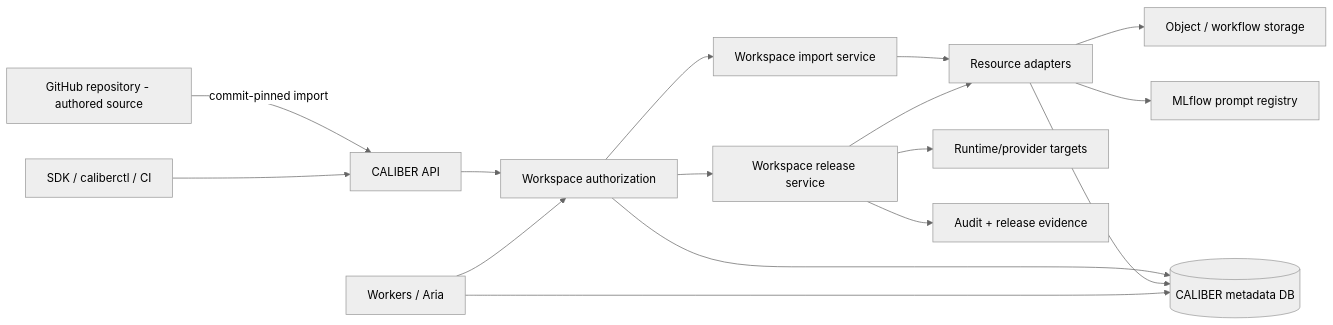
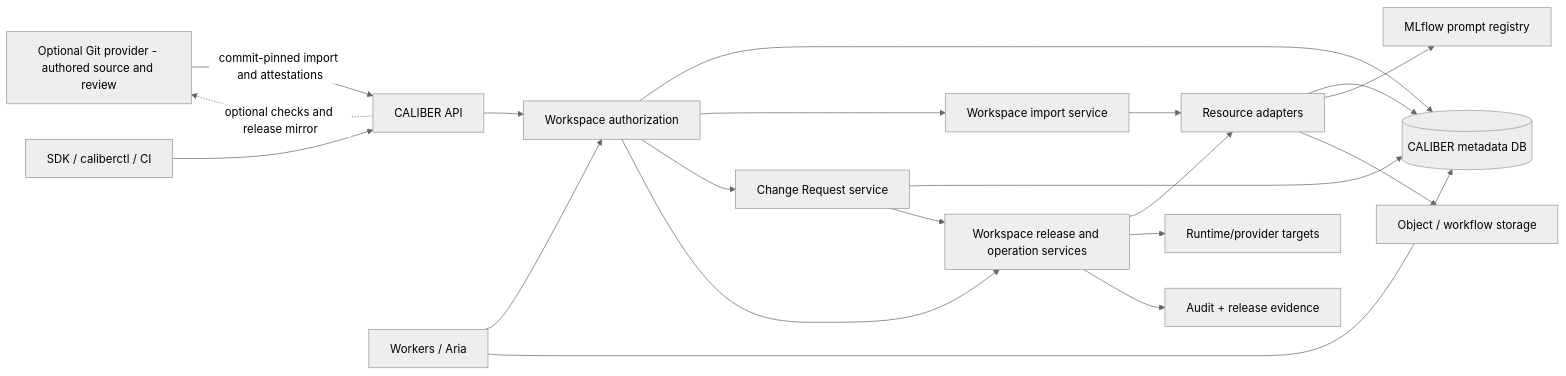
The sixth of 16 diagrams in docs/workspace-plan.md (rrahimi-uci/caliber-suite), drawn with Mermaid (neutral theme) before and after one commit. The commit also changed other lines of this file, not shown here.

First line of the commit message:
Define Workspace lifecycle and pluggable source authority (#276)

````diff
--- a/docs/workspace-plan.md
+++ b/docs/workspace-plan.md
@@ -1083,18 +1717,22 @@
 ```mermaid
 flowchart LR
-    GH[GitHub repository - authored source] -->|commit-pinned import| API[CALIBER API]
+    SCM[Optional Git provider - authored source and review] -->|commit-pinned import and attestations| API[CALIBER API]
     SDK[SDK / caliberctl / CI] --> API
     API --> AUTH[Workspace authorization]
     AUTH --> DB[(CALIBER metadata DB)]
     AUTH --> IMP[Workspace import service]
-    AUTH --> REL[Workspace release service]
+    AUTH --> CR[Change Request service]
+    AUTH --> REL[Workspace release and operation services]
     IMP --> ADAPT[Resource adapters]
+    CR --> DB
+    CR --> REL
     ADAPT --> DB
     ADAPT --> ML[MLflow prompt registry]
     ADAPT --> OBJ[Object / workflow storage]
     REL --> ADAPT
     REL --> EXT[Runtime/provider targets]
     REL --> AUDIT[Audit + release evidence]
     RUN[Workers / Aria] --> AUTH
     RUN --> DB
+    API -.->|optional checks and release mirror| SCM
 ```
````
